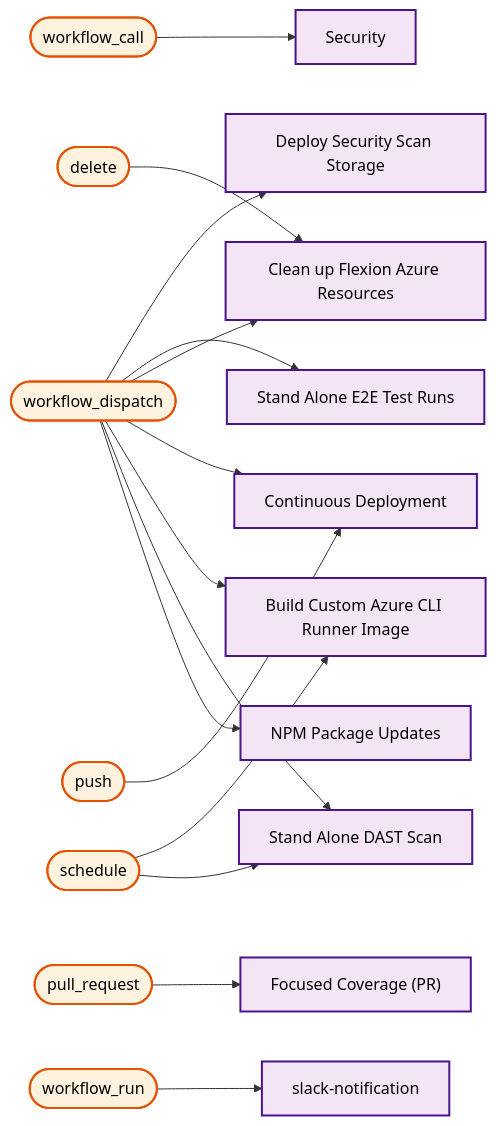
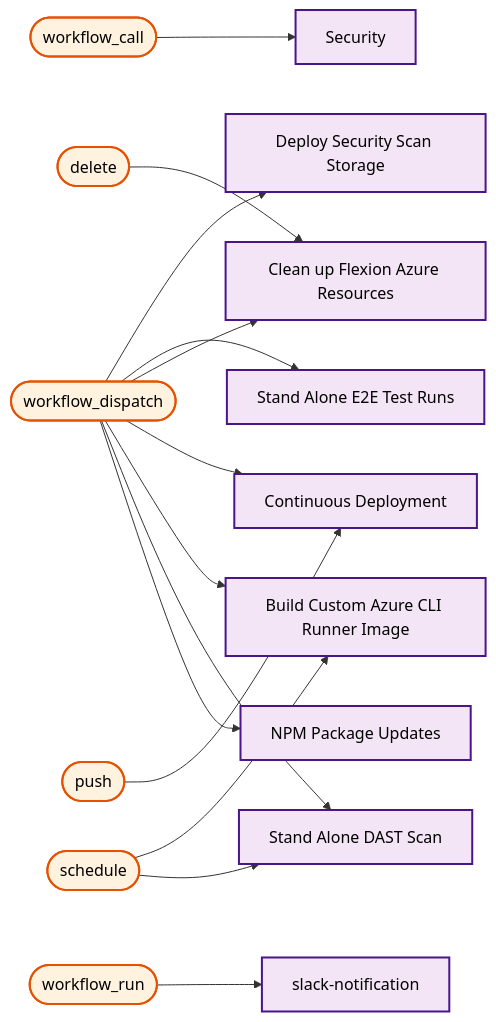
Diagram 21 of 21 in docs/operations/workflow-diagram.md (US-Trustee-Program/Bankruptcy-Oversight-Support-Systems), drawn with Mermaid before and after one commit. The commit also changed other lines of this file and 3 other files, not shown here.

````diff
--- a/docs/operations/workflow-diagram.md
+++ b/docs/operations/workflow-diagram.md
@@ -1202,60 +1185,55 @@
 ```mermaid
 flowchart LR
     trigger_workflow_call(["workflow_call"])
     sub_security_scan_yml["Security"]
     trigger_workflow_dispatch(["workflow_dispatch"])
     deploy_security_scan_storage_yml["Deploy Security Scan Storage"]
     e2e_test_yml["Stand Alone E2E Test Runs"]
     azure_remove_branch_yml["Clean up Flexion Azure Resources"]
     continuous_deployment_yml["Continuous Deployment"]
     build_azure_cli_image_yml["Build Custom Azure CLI Runner Image"]
     dast_scan_yml["Stand Alone DAST Scan"]
     update_dependencies_yml["NPM Package Updates"]
     trigger_delete(["delete"])
     azure_remove_branch_yml["Clean up Flexion Azure Resources"]
-    trigger_pull_request(["pull_request"])
-    focused_coverage_yml["Focused Coverage (PR)"]
     trigger_push(["push"])
     continuous_deployment_yml["Continuous Deployment"]
     trigger_schedule(["schedule"])
     build_azure_cli_image_yml["Build Custom Azure CLI Runner Image"]
     dast_scan_yml["Stand Alone DAST Scan"]
     trigger_workflow_run(["workflow_run"])
     slack_notification_yml["slack-notification"]
 
     trigger_workflow_call --> sub_security_scan_yml
     trigger_workflow_dispatch --> deploy_security_scan_storage_yml
     trigger_workflow_dispatch --> e2e_test_yml
     trigger_workflow_dispatch --> azure_remove_branch_yml
     trigger_workflow_dispatch --> continuous_deployment_yml
     trigger_workflow_dispatch --> build_azure_cli_image_yml
     trigger_workflow_dispatch --> dast_scan_yml
     trigger_workflow_dispatch --> update_dependencies_yml
     trigger_delete --> azure_remove_branch_yml
-    trigger_pull_request --> focused_coverage_yml
     trigger_push --> continuous_deployment_yml
     trigger_schedule --> build_azure_cli_image_yml
     trigger_schedule --> dast_scan_yml
     trigger_workflow_run --> slack_notification_yml
 
     classDef mainWorkflow fill:#f3e5f5,stroke:#4a148c,stroke-width:2px,color:#000000
     classDef trigger fill:#fff3e0,stroke:#e65100,stroke-width:2px,color:#000000
 
     class trigger_workflow_call trigger
     class trigger_workflow_dispatch trigger
     class trigger_delete trigger
-    class trigger_pull_request trigger
     class trigger_push trigger
     class trigger_schedule trigger
     class trigger_workflow_run trigger
     class sub_security_scan_yml mainWorkflow
     class deploy_security_scan_storage_yml mainWorkflow
     class e2e_test_yml mainWorkflow
     class azure_remove_branch_yml mainWorkflow
-    class focused_coverage_yml mainWorkflow
     class continuous_deployment_yml mainWorkflow
     class build_azure_cli_image_yml mainWorkflow
     class dast_scan_yml mainWorkflow
     class update_dependencies_yml mainWorkflow
     class slack_notification_yml mainWorkflow
 ```
````
